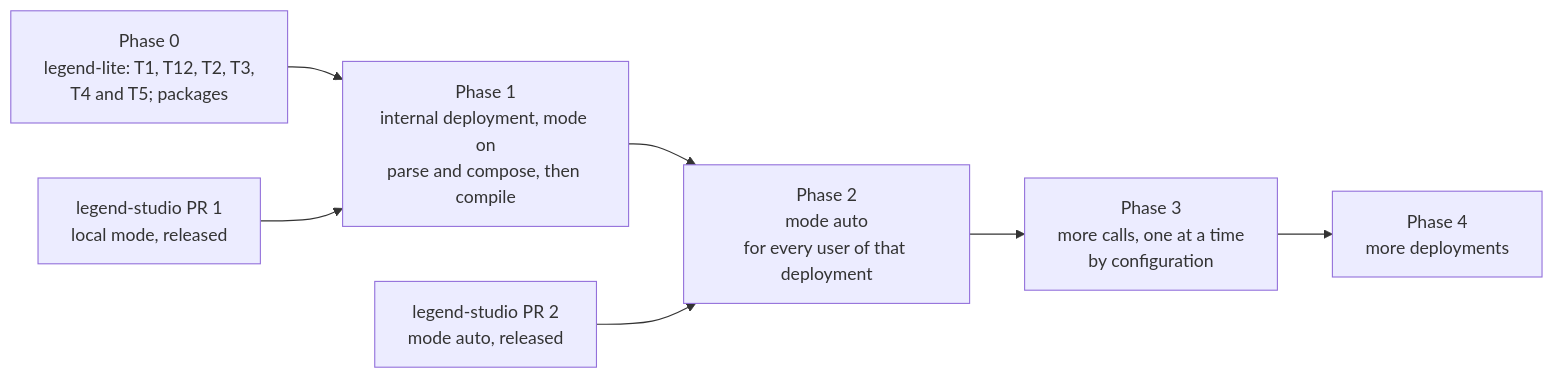
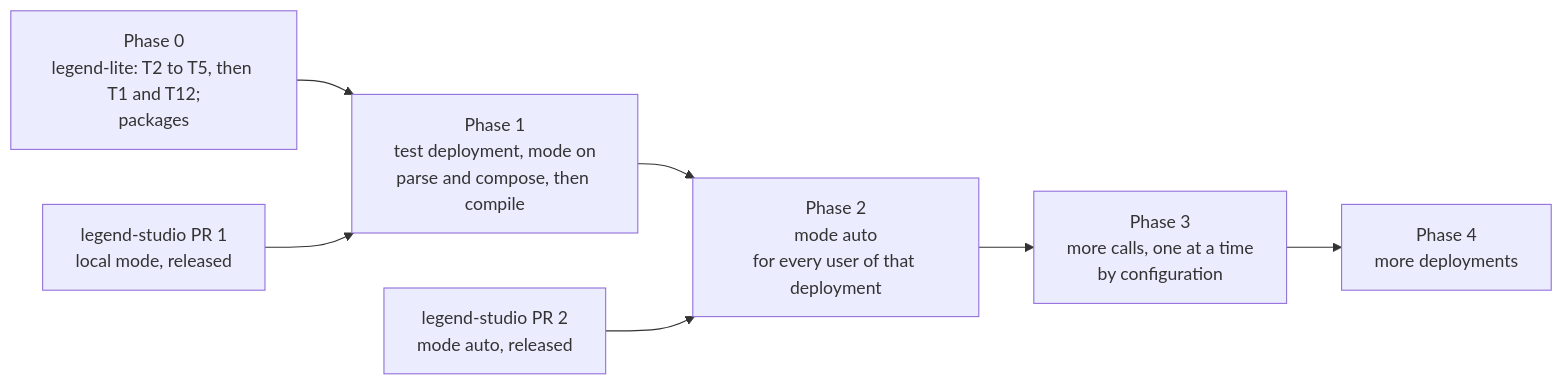
One commit to MauricioUyaguari/legend-lite changed the fourth of 4 diagrams in docs/LEGEND_STUDIO_TEXT_MODE_PLAN_2026_11_23.md. Above: the diagram before and after it, drawn with Mermaid. The commit also changed other lines of this file and 3 other files, not shown here.

First line of the commit message:
docs: the local-mode plan -- each one's JSON in the other, phase 1's first set as a choice, direction not rulings

````diff
--- a/docs/LEGEND_STUDIO_TEXT_MODE_PLAN_2026_11_23.md
+++ b/docs/LEGEND_STUDIO_TEXT_MODE_PLAN_2026_11_23.md
@@ -460,9 +482,9 @@
 ```mermaid
 flowchart LR
-    P0["Phase 0<br/>legend-lite: T1, T12, T2, T3,<br/>T4 and T5; packages"] --> P1
+    P0["Phase 0<br/>legend-lite: T2 to T5, then T1 and T12;<br/>packages"] --> P1
     PR1["legend-studio PR 1<br/>local mode, released"] --> P1
-    P1["Phase 1<br/>internal deployment, mode on<br/>parse and compose, then compile"] --> P2
+    P1["Phase 1<br/>test deployment, mode on<br/>parse and compose, then compile"] --> P2
     PR2["legend-studio PR 2<br/>mode auto, released"] --> P2
     P2["Phase 2<br/>mode auto<br/>for every user of that deployment"] --> P3["Phase 3<br/>more calls, one at a time<br/>by configuration"]
     P3 --> P4["Phase 4<br/>more deployments"]
 ```
````
